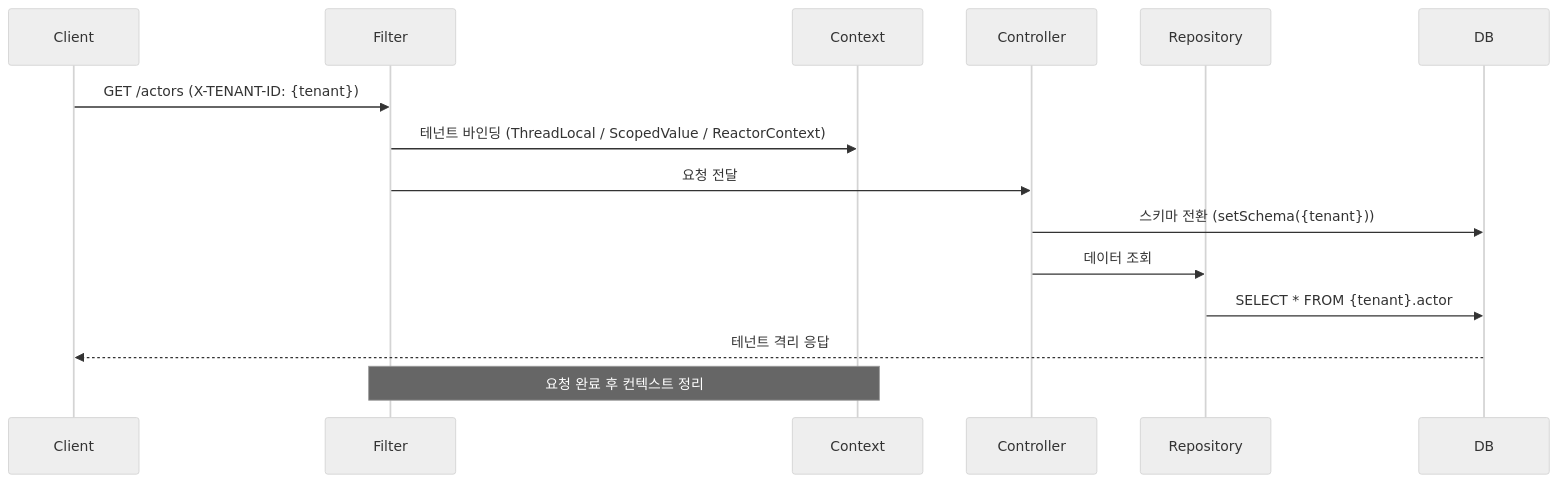
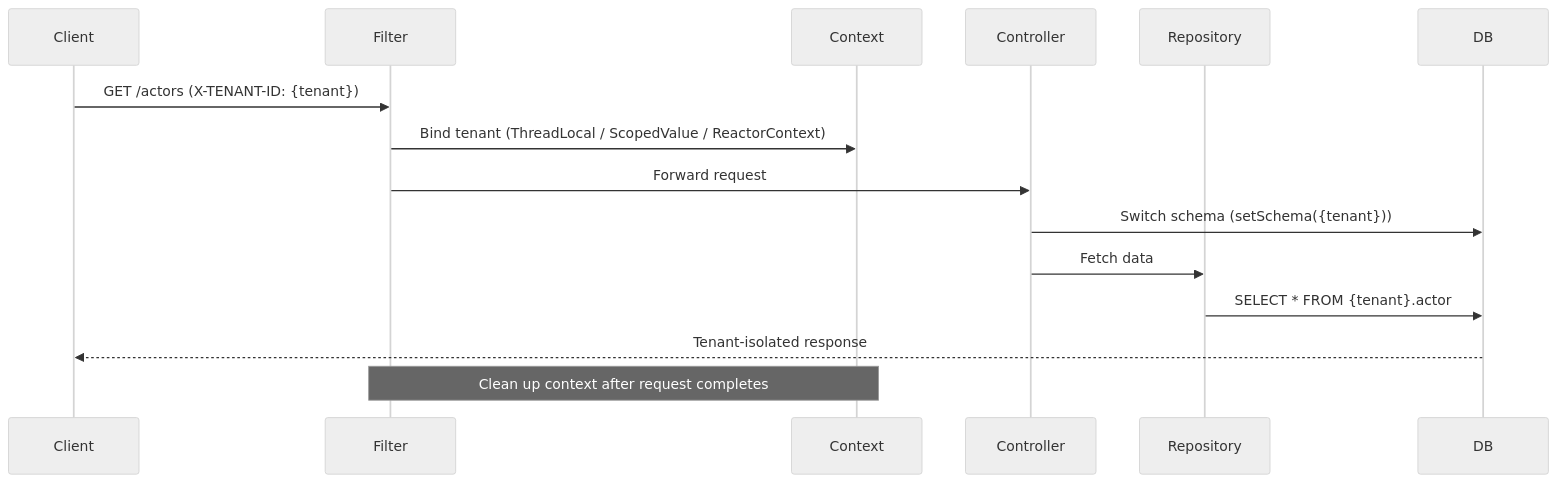
The third of 3 diagrams in 10-multi-tenant/README.md (bluetape4k/exposed-workshop), drawn with Mermaid (neutral theme) before and after one commit. The commit also changed other lines of this file and 115 other files, not shown here.

````diff
--- a/10-multi-tenant/README.md
+++ b/10-multi-tenant/README.md
@@ -152,18 +154,18 @@
 ```mermaid
 sequenceDiagram
     participant Client
     participant Filter
     participant Context
     participant Controller
     participant Repository
     participant DB
 
     Client->>Filter: GET /actors (X-TENANT-ID: {tenant})
-    Filter->>Context: 테넌트 바인딩 (ThreadLocal / ScopedValue / ReactorContext)
-    Filter->>Controller: 요청 전달
-    Controller->>DB: 스키마 전환 (setSchema({tenant}))
-    Controller->>Repository: 데이터 조회
+    Filter->>Context: Bind tenant (ThreadLocal / ScopedValue / ReactorContext)
+    Filter->>Controller: Forward request
+    Controller->>DB: Switch schema (setSchema({tenant}))
+    Controller->>Repository: Fetch data
     Repository->>DB: SELECT * FROM {tenant}.actor
-    DB-->>Client: 테넌트 격리 응답
-    Note over Filter,Context: 요청 완료 후 컨텍스트 정리
+    DB-->>Client: Tenant-isolated response
+    Note over Filter,Context: Clean up context after request completes
 ```
````
